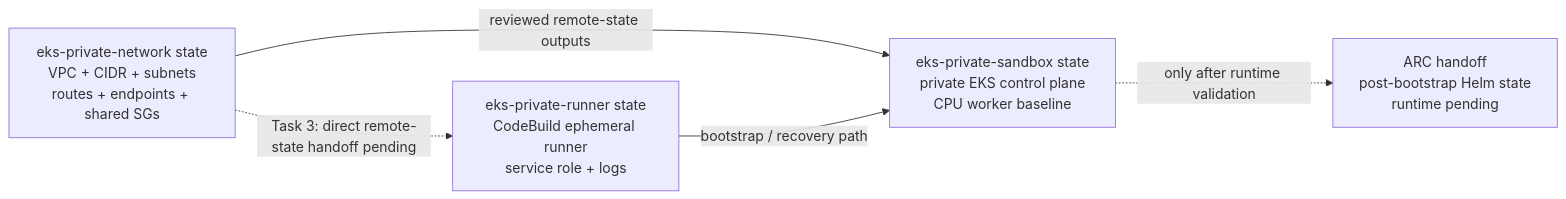
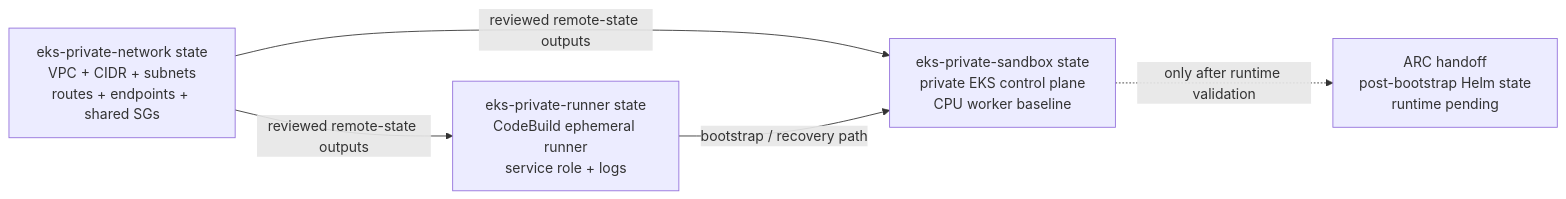
One commit to afaryy/cloudai-platform changed the second of 2 diagrams in docs/architecture/private-eks-reference-architecture.md. Above: the diagram before and after it, drawn with Mermaid. The commit also changed other lines of this file and 14 other files, not shown here.

````diff
--- a/docs/architecture/private-eks-reference-architecture.md
+++ b/docs/architecture/private-eks-reference-architecture.md
@@ -167,12 +167,12 @@
 ```mermaid
 flowchart LR
   network_state["eks-private-network state<br/>VPC + CIDR + subnets<br/>routes + endpoints + shared SGs"]
   runner_state["eks-private-runner state<br/>CodeBuild ephemeral runner<br/>service role + logs"]
   eks_state["eks-private-sandbox state<br/>private EKS control plane<br/>CPU worker baseline"]
   arc_state["ARC handoff<br/>post-bootstrap Helm state<br/>runtime pending"]
 
-  network_state -. "Task 3: direct remote-state handoff pending" .-> runner_state
+  network_state -- "reviewed remote-state outputs" --> runner_state
   network_state -- "reviewed remote-state outputs" --> eks_state
   runner_state -- "bootstrap / recovery path" --> eks_state
   eks_state -. "only after runtime validation" .-> arc_state
 ```
````
